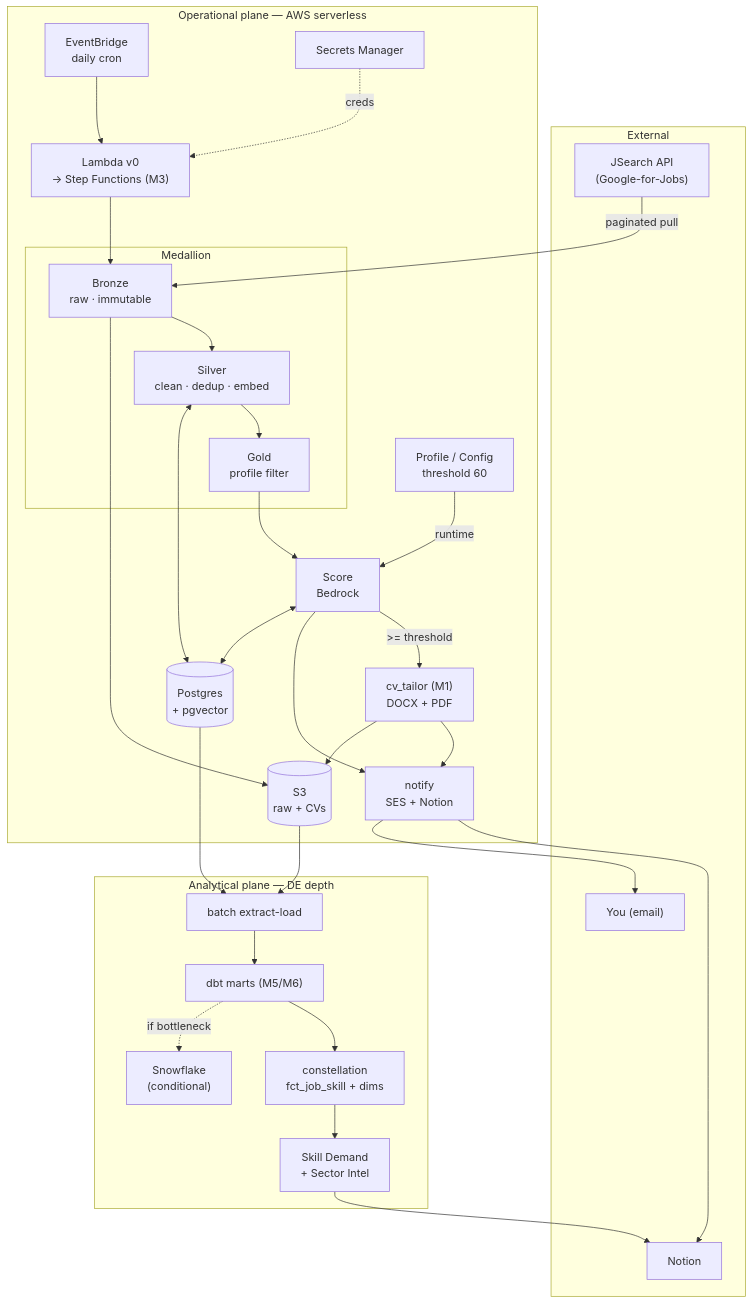
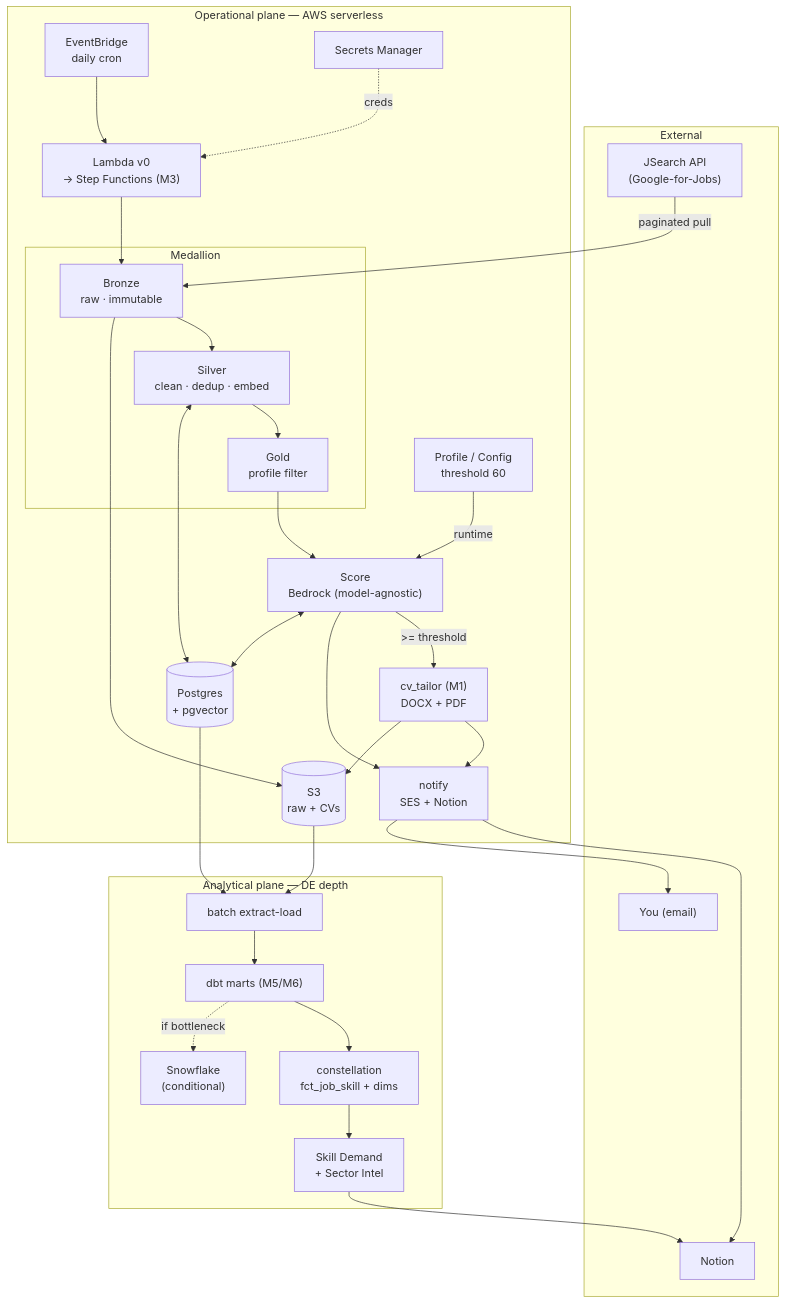
The first of 5 diagrams in docs/diagrams.md (tarigelamin1997/jobfetcher), drawn with Mermaid before and after one commit. The commit also changed other lines of this file, not shown here.

First line of the commit message:
docs(diagrams): add detailed ingestion-layer diagram + update full-stack

````diff
--- a/docs/diagrams.md
+++ b/docs/diagrams.md
@@ -13,46 +13,46 @@
 ```mermaid
 flowchart TB
   subgraph EXT["External"]
     JS["JSearch API<br/>(Google-for-Jobs)"]
     NO["Notion"]
     US["You (email)"]
   end
 
   subgraph OP["Operational plane — AWS serverless"]
     EB["EventBridge<br/>daily cron"] --> ORC["Lambda v0<br/>→ Step Functions (M3)"]
     subgraph MED["Medallion"]
       BR["Bronze<br/>raw · immutable"]
       SI["Silver<br/>clean · dedup · embed"]
       GO["Gold<br/>profile filter"]
     end
-    ORC --> BR --> SI --> GO --> SC["Score<br/>Bedrock"]
+    ORC --> BR --> SI --> GO --> SC["Score<br/>Bedrock (model-agnostic)"]
     SC -->|">= threshold"| CV["cv_tailor (M1)<br/>DOCX + PDF"]
     SC --> NT["notify<br/>SES + Notion"]
     CV --> NT
     PG[("Postgres<br/>+ pgvector")]
     S3[("S3<br/>raw + CVs")]
     SM["Secrets Manager"]
     CF["Profile / Config<br/>threshold 60"]
   end
 
   subgraph AN["Analytical plane — DE depth"]
     EL["batch extract-load"] --> DBT["dbt marts (M5/M6)"]
     DBT --> MA["constellation<br/>fct_job_skill + dims"]
     MA --> IN["Skill Demand<br/>+ Sector Intel"]
     SNF["Snowflake<br/>(conditional)"]
   end
 
   JS -->|paginated pull| BR
   SI <--> PG
   SC <--> PG
   CF -->|runtime| SC
   SM -.->|creds| ORC
   BR --> S3
   CV --> S3
   NT --> NO
   NT --> US
   PG --> EL
   S3 --> EL
   IN --> NO
   DBT -.->|if bottleneck| SNF
 ```
````
